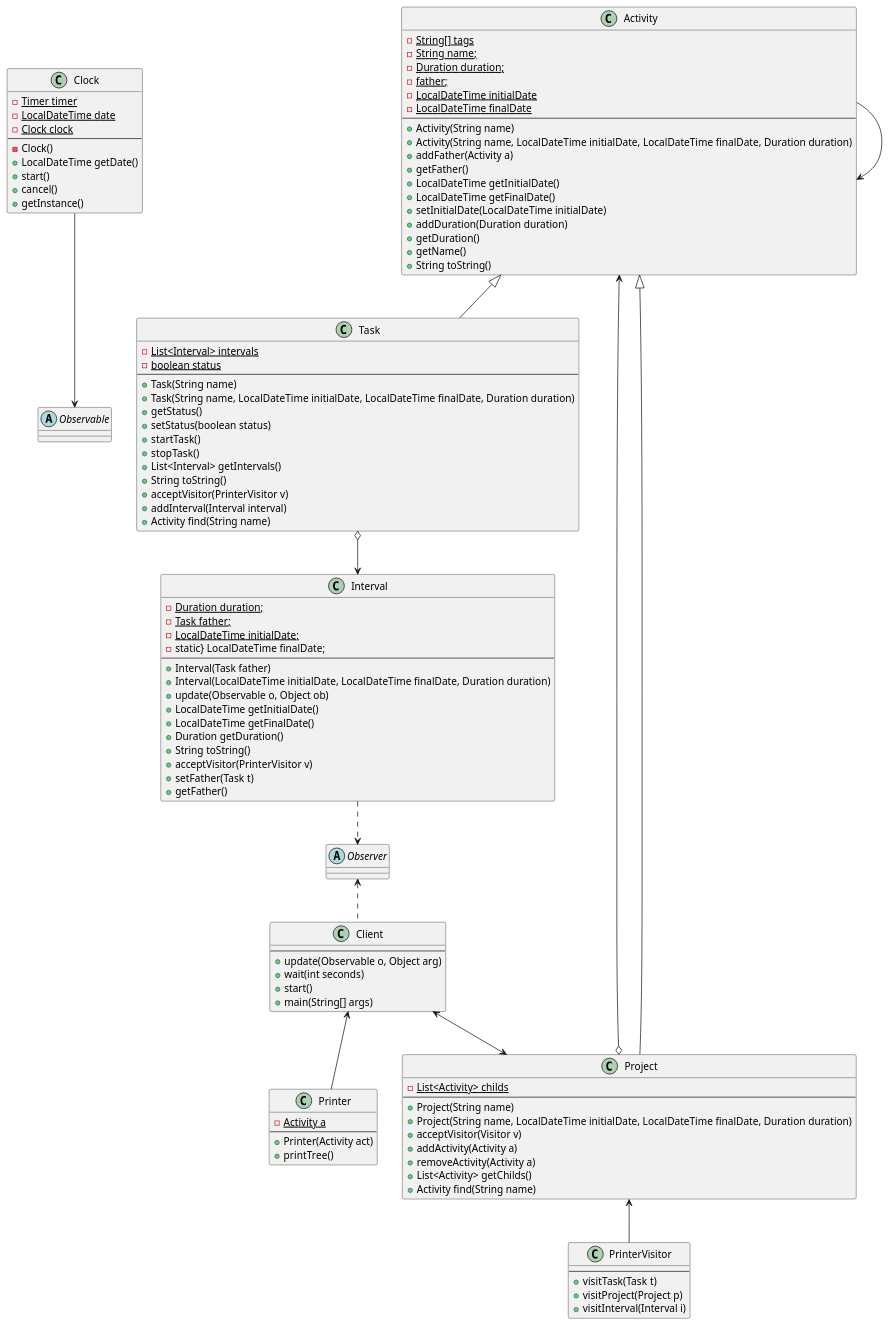
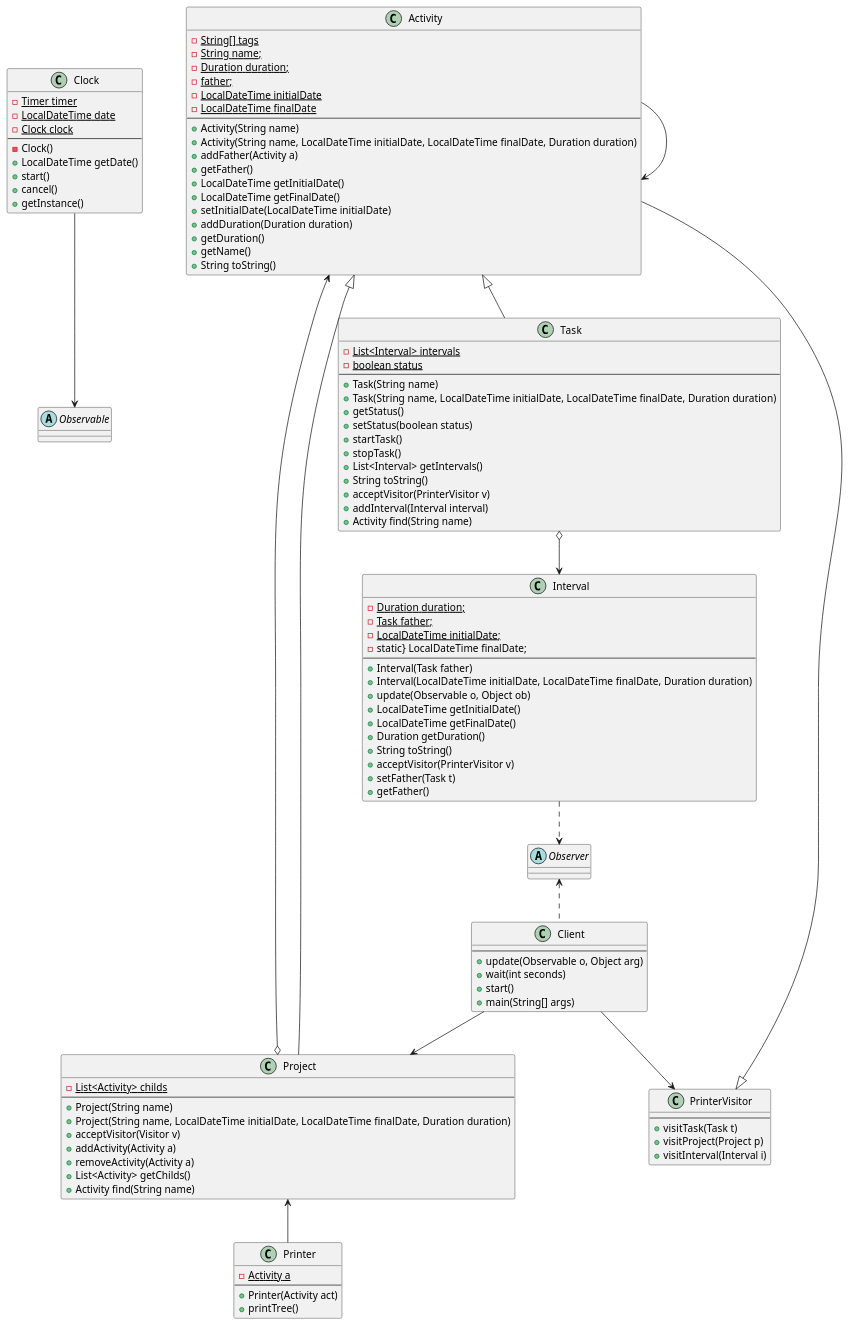
Before and after one commit to 2015robot/Software_Design: the diagram in PrinterForTimeTracker/src/UMLDiagram.puml, drawn with PlantUML.

Commit message:
UMLdiagram V2

```diff
--- a/PrinterForTimeTracker/src/UMLDiagram.puml
+++ b/PrinterForTimeTracker/src/UMLDiagram.puml
@@ -1,134 +1,135 @@
 @startuml
 
 
 abstract class Clock
 abstract class Observable
 abstract class Activity
 abstract class Interval
 abstract class Observer
 abstract class Task
 abstract class Project
 abstract class Client
 abstract class PrinterVisitor
 abstract class Printer
 
 
 
 Activity --> Activity
 Activity <--o Project
 Activity <|-- Project
 Activity <|-- Task
 Task o--> Interval
 Interval ..> Observer
 Observer <.. Client
 Clock --> Observable
-Client <--> Project
-Client <-- Printer
-Project <-- PrinterVisitor
+Client --> Project
+Project <-- Printer
+Client --> PrinterVisitor
+Activity --|> PrinterVisitor
 
 
 
 class Clock {
 - {static} Timer timer
 - {static} LocalDateTime date
 - {static} Clock clock
 --
 - Clock()
 + LocalDateTime getDate()
 + start()
 + cancel()
 + getInstance()
 }
 
 class Activity{
 - {static} String[] tags
 - {static} String name;
 - {static} Duration duration;
 - {static} father;
 - {static} LocalDateTime initialDate
 - {static} LocalDateTime finalDate
 --
 + Activity(String name)
 + Activity(String name, LocalDateTime initialDate, LocalDateTime finalDate, Duration duration)
 + addFather(Activity a)
 + getFather()
 + LocalDateTime getInitialDate()
 + LocalDateTime getFinalDate()
 + setInitialDate(LocalDateTime initialDate)
 + addDuration(Duration duration)
 + getDuration()
 + getName()
 + String toString()
 }
 
 class Interval{
 - {static} Duration duration;
 - {static} Task father;
 - {static} LocalDateTime initialDate;
 - static} LocalDateTime finalDate;
 --
 + Interval(Task father)
 + Interval(LocalDateTime initialDate, LocalDateTime finalDate, Duration duration)
 + update(Observable o, Object ob)
 + LocalDateTime getInitialDate()
 + LocalDateTime getFinalDate()
 + Duration getDuration()
 + String toString()
 + acceptVisitor(PrinterVisitor v)
 + setFather(Task t)
 + getFather()
 }
 
 class Task{
 - {static} List<Interval> intervals
 - {static} boolean status
 --
 + Task(String name)
 + Task(String name, LocalDateTime initialDate, LocalDateTime finalDate, Duration duration)
 + getStatus()
 + setStatus(boolean status)
 + startTask()
 + stopTask()
 + List<Interval> getIntervals()
 + String toString()
 + acceptVisitor(PrinterVisitor v)
 + addInterval(Interval interval)
 + Activity find(String name)
 }
 
 class Project{
 - {static} List<Activity> childs
 --
 + Project(String name)
 + Project(String name, LocalDateTime initialDate, LocalDateTime finalDate, Duration duration)
 + acceptVisitor(Visitor v)
 + addActivity(Activity a)
 + removeActivity(Activity a)
 + List<Activity> getChilds()
 + Activity find(String name)
 }
 
 
 class Client{
 --
 + update(Observable o, Object arg)
 + wait(int seconds)
 + start()
 + main(String[] args)
 }
 
 class Printer{
 - {static} Activity a
 --
 + Printer(Activity act)
 + printTree()
 }
 
 class PrinterVisitor{
 --
 + visitTask(Task t)
 + visitProject(Project p)
 + visitInterval(Interval i)
 }
 
 @enduml
```
